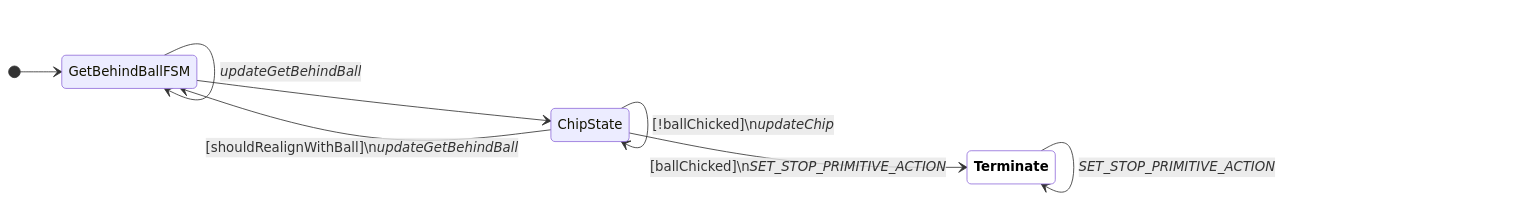
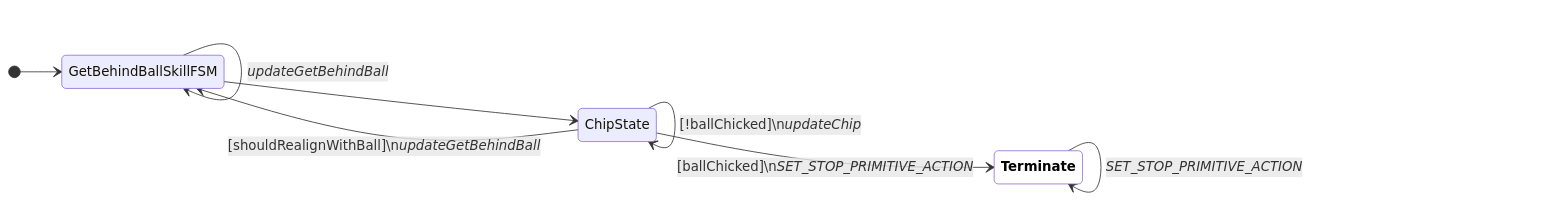
The ninth of 24 diagrams in docs/fsm-diagrams.md (UBC-Thunderbots/Software), drawn with Mermaid before and after one commit. The commit also changed other lines of this file and 375 other files, not shown here.

````diff
--- a/docs/fsm-diagrams.md
+++ b/docs/fsm-diagrams.md
@@ -220,14 +169,14 @@
 ```mermaid
 
 stateDiagram-v2
 classDef terminate fill:white,color:black,font-weight:bold
 direction LR
-[*] --> GetBehindBallFSM
-GetBehindBallFSM --> GetBehindBallFSM : <i>updateGetBehindBall</i>
-GetBehindBallFSM --> ChipState
-ChipState --> GetBehindBallFSM : [shouldRealignWithBall]\n<i>updateGetBehindBall</i>
+[*] --> GetBehindBallSkillFSM
+GetBehindBallSkillFSM --> GetBehindBallSkillFSM : <i>updateGetBehindBall</i>
+GetBehindBallSkillFSM --> ChipState
+ChipState --> GetBehindBallSkillFSM : [shouldRealignWithBall]\n<i>updateGetBehindBall</i>
 ChipState --> ChipState : [!ballChicked]\n<i>updateChip</i>
 ChipState --> Terminate:::terminate : [ballChicked]\n<i>SET_STOP_PRIMITIVE_ACTION</i>
 Terminate:::terminate --> Terminate:::terminate : <i>SET_STOP_PRIMITIVE_ACTION</i>
 
 ```
````
